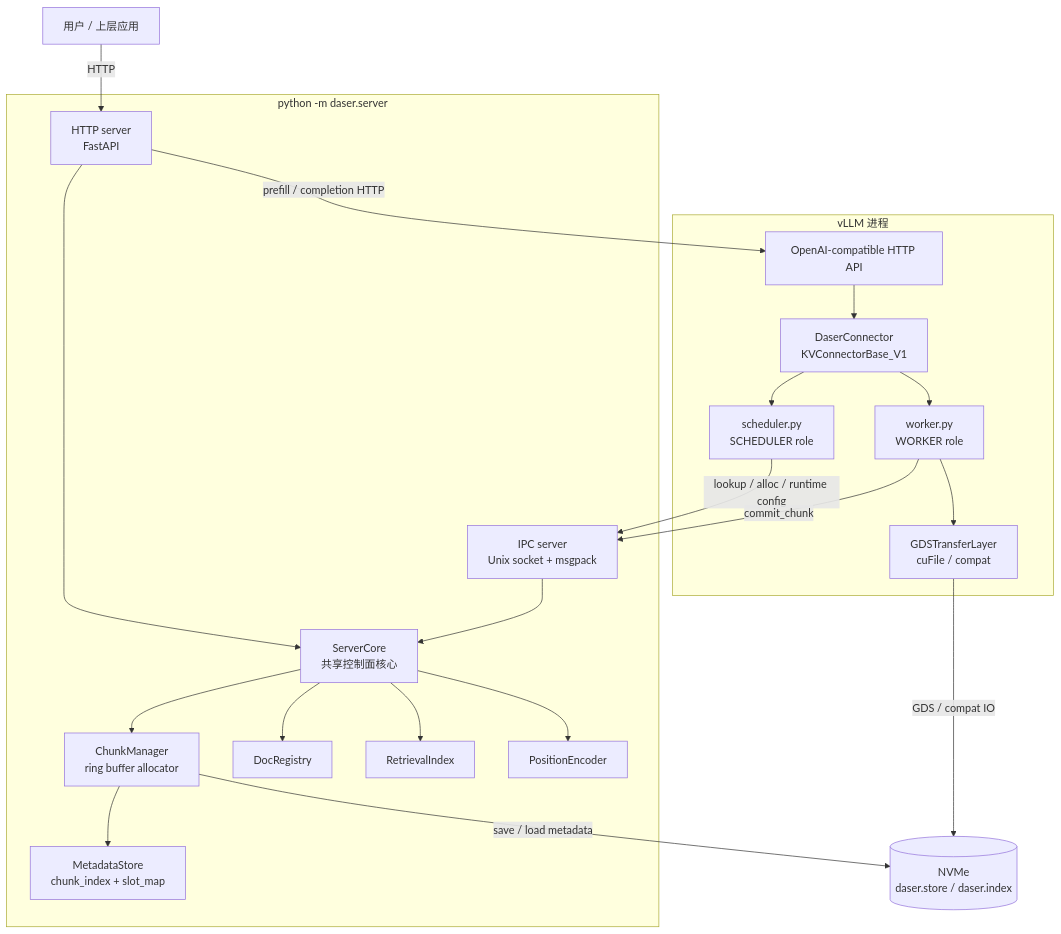
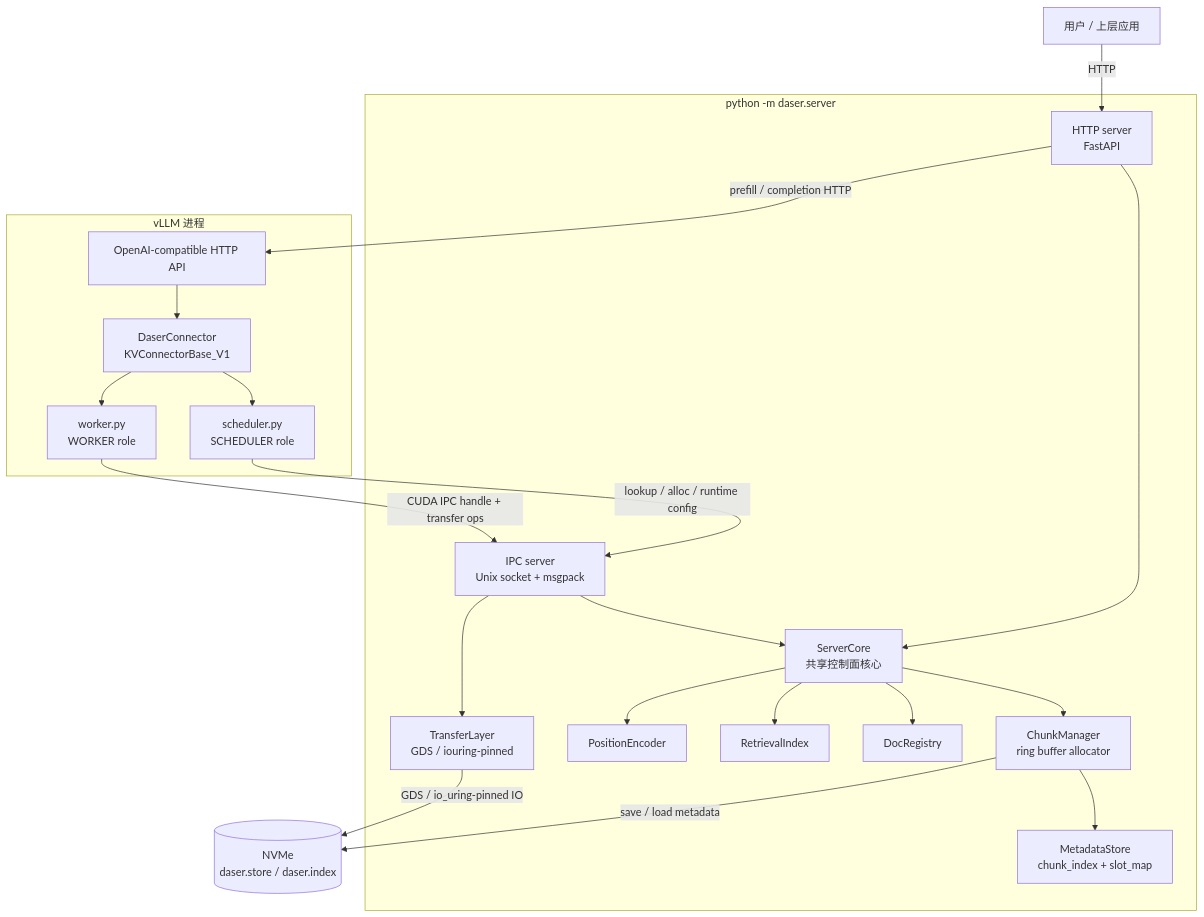
One commit to GentleCold/DaseR changed the first of 2 diagrams in docs/design/architecture.md. Above: the diagram before and after it, drawn with Mermaid. The commit also changed other lines of this file and 3 other files, not shown here.

````diff
--- a/docs/design/architecture.md
+++ b/docs/design/architecture.md
@@ -11,45 +11,45 @@
 ```mermaid
 graph TB
     User["用户 / 上层应用"]
 
     subgraph server["python -m daser.server"]
         HTTP["HTTP server<br/>FastAPI"]
         IPC["IPC server<br/>Unix socket + msgpack"]
         CORE["ServerCore<br/>共享控制面核心"]
         CM["ChunkManager<br/>ring buffer allocator"]
         MS["MetadataStore<br/>chunk_index + slot_map"]
         DR["DocRegistry"]
         RI["RetrievalIndex"]
         PE["PositionEncoder"]
+        TL["TransferLayer<br/>GDS / iouring-pinned"]
 
         HTTP --> CORE
         IPC --> CORE
+        IPC --> TL
         CORE --> CM
         CORE --> DR
         CORE --> RI
         CORE --> PE
         CM --> MS
     end
 
     subgraph vllm["vLLM 进程"]
         VAPI["OpenAI-compatible HTTP API"]
         DC["DaserConnector<br/>KVConnectorBase_V1"]
         SCHED["scheduler.py<br/>SCHEDULER role"]
         WORKER["worker.py<br/>WORKER role"]
-        GDS["GDSTransferLayer<br/>cuFile / compat"]
 
         VAPI --> DC
         DC --> SCHED
         DC --> WORKER
-        WORKER --> GDS
     end
 
     NVMe[("NVMe<br/>daser.store / daser.index")]
 
     User -- "HTTP" --> HTTP
     HTTP -- "prefill / completion HTTP" --> VAPI
     SCHED -- "lookup / alloc / runtime config" --> IPC
-    WORKER -- "commit_chunk" --> IPC
-    GDS -- "GDS / compat IO" --> NVMe
+    WORKER -- "CUDA IPC handle + transfer ops" --> IPC
+    TL -- "GDS / io_uring-pinned IO" --> NVMe
     CM -- "save / load metadata" --> NVMe
 ```
````
